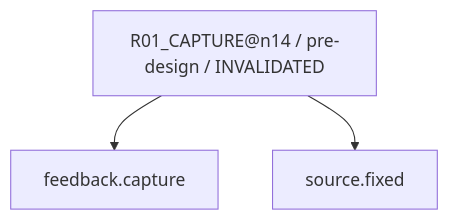
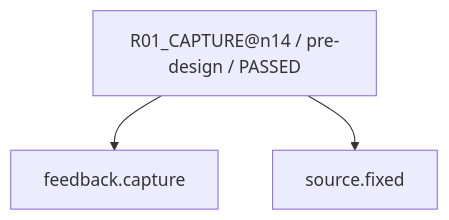
The tenth of 28 diagrams in work/items/W-MATH-048-n1314-source-audit/generated/CAPABILITY_FIRE_DIAGRAM.md (rrikunagasige-dot/kyotsu-step-web), drawn with Mermaid before and after one commit. The commit also changed other lines of this file and 295 other files, not shown here.

````diff
--- a/work/items/W-MATH-048-n1314-source-audit/generated/CAPABILITY_FIRE_DIAGRAM.md
+++ b/work/items/W-MATH-048-n1314-source-audit/generated/CAPABILITY_FIRE_DIAGRAM.md
@@ -152,8 +152,8 @@
 ```mermaid
 flowchart TD
-  N0["R01_CAPTURE@n14 / pre-design / INVALIDATED"]
+  N0["R01_CAPTURE@n14 / pre-design / PASSED"]
   N1["source.fixed"]
   N2["feedback.capture"]
   N0 --> N2
   N0 --> N1
 ```
````
